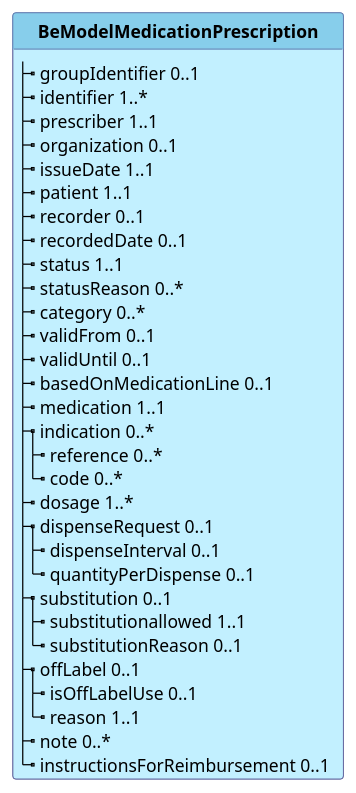
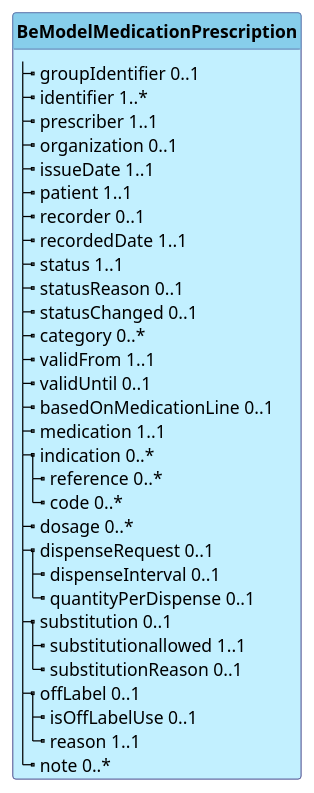
One commit to hl7-be/medication changed the diagram in input/images-source/BeModelMedicationPrescription.plantuml. Above: the diagram before and after it, drawn with PlantUML. The commit also changed 5 other files, not shown here.

Commit message:
update diagrams

```diff
--- a/input/images-source/BeModelMedicationPrescription.plantuml
+++ b/input/images-source/BeModelMedicationPrescription.plantuml
@@ -1,45 +1,44 @@
 @startuml
 skinparam linetype polyline
 hide circle
 hide stereotype
 
 skinparam class {
  BorderColor #505090
  BackgroundColor APPLICATION
  HeaderBackgroundColor SkyBlue
 }
 
-
 class "**BeModelMedicationPrescription**" as BeModelMedicationPrescription {
   |_ groupIdentifier 0..1   
   |_ identifier 1..*   
   |_ prescriber 1..1   
   |_ organization 0..1   
   |_ issueDate 1..1   
   |_ patient 1..1   
   |_ recorder 0..1   
-  |_ recordedDate 0..1   
+  |_ recordedDate 1..1   
   |_ status 1..1   
-  |_ statusReason 0..*   
+  |_ statusReason 0..1   
+  |_ statusChanged 0..1   
   |_ category 0..*   
-  |_ validFrom 0..1   
+  |_ validFrom 1..1   
   |_ validUntil 0..1   
   |_ basedOnMedicationLine 0..1   
   |_ medication 1..1   
   |_ indication 0..*   
     |_ reference 0..*   
     |_ code 0..*   
-  |_ dosage 1..*   
+  |_ dosage 0..*   
   |_ dispenseRequest 0..1   
     |_ dispenseInterval 0..1   
     |_ quantityPerDispense 0..1   
   |_ substitution 0..1   
     |_ substitutionallowed 1..1   
     |_ substitutionReason 0..1   
   |_ offLabel 0..1   
     |_ isOffLabelUse 0..1   
     |_ reason 1..1   
   |_ note 0..*   
-  |_ instructionsForReimbursement 0..1   
 }
 @enduml
```
